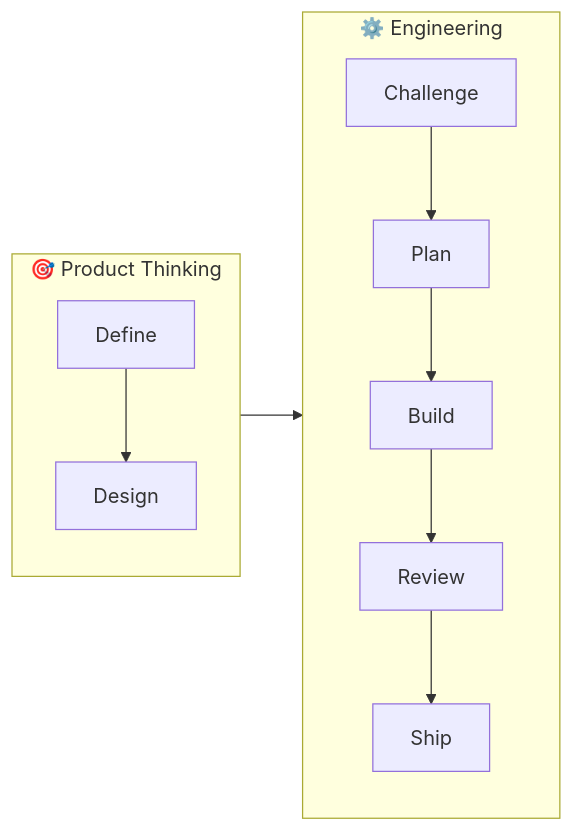
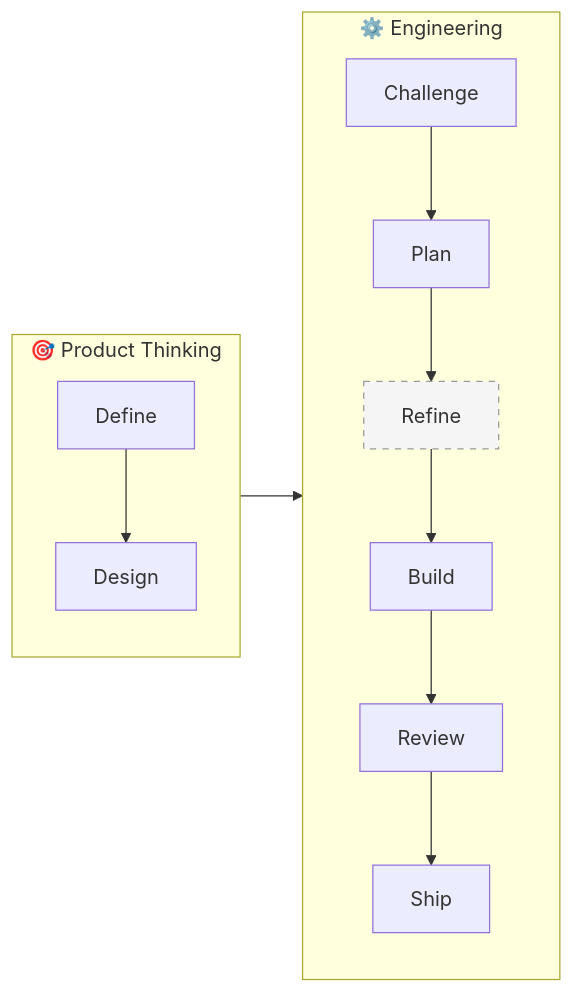
The first of 4 diagrams in README.md (jrmoore-git/claude-build-os), drawn with Mermaid before and after one commit. The commit also changed other lines of this file and 2 other files, not shown here.

````diff
--- a/README.md
+++ b/README.md
@@ -25,15 +25,18 @@
 ```mermaid
 flowchart LR
     subgraph Product["🎯 Product Thinking"]
         direction TB
         A[Define] --> B[Design]
     end
     subgraph Engineering["⚙️ Engineering"]
         direction TB
         C[Challenge] --> D[Plan]
-        D --> E[Build]
-        E --> F[Review]
-        F --> G[Ship]
+        D --> E[Refine]
+        E --> F[Build]
+        F --> G[Review]
+        G --> H[Ship]
     end
     Product --> Engineering
+
+    style E fill:#f5f5f5,stroke:#999,stroke-dasharray: 5 5
 ```
````
